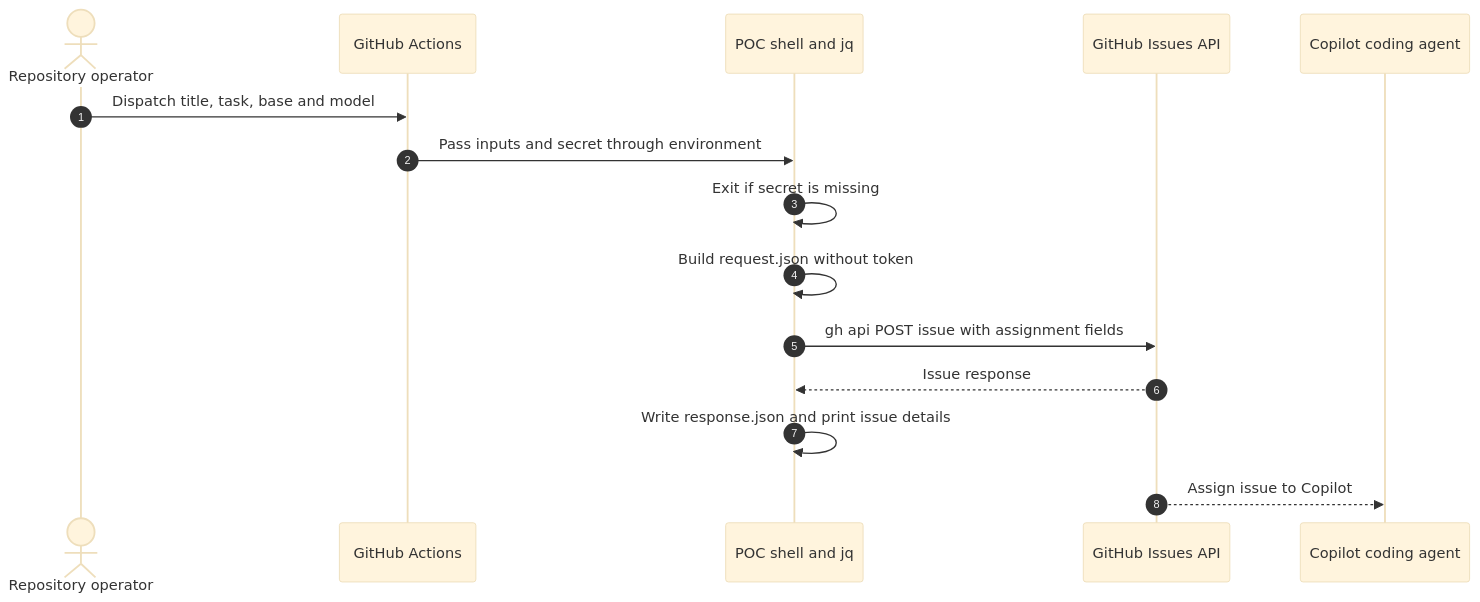
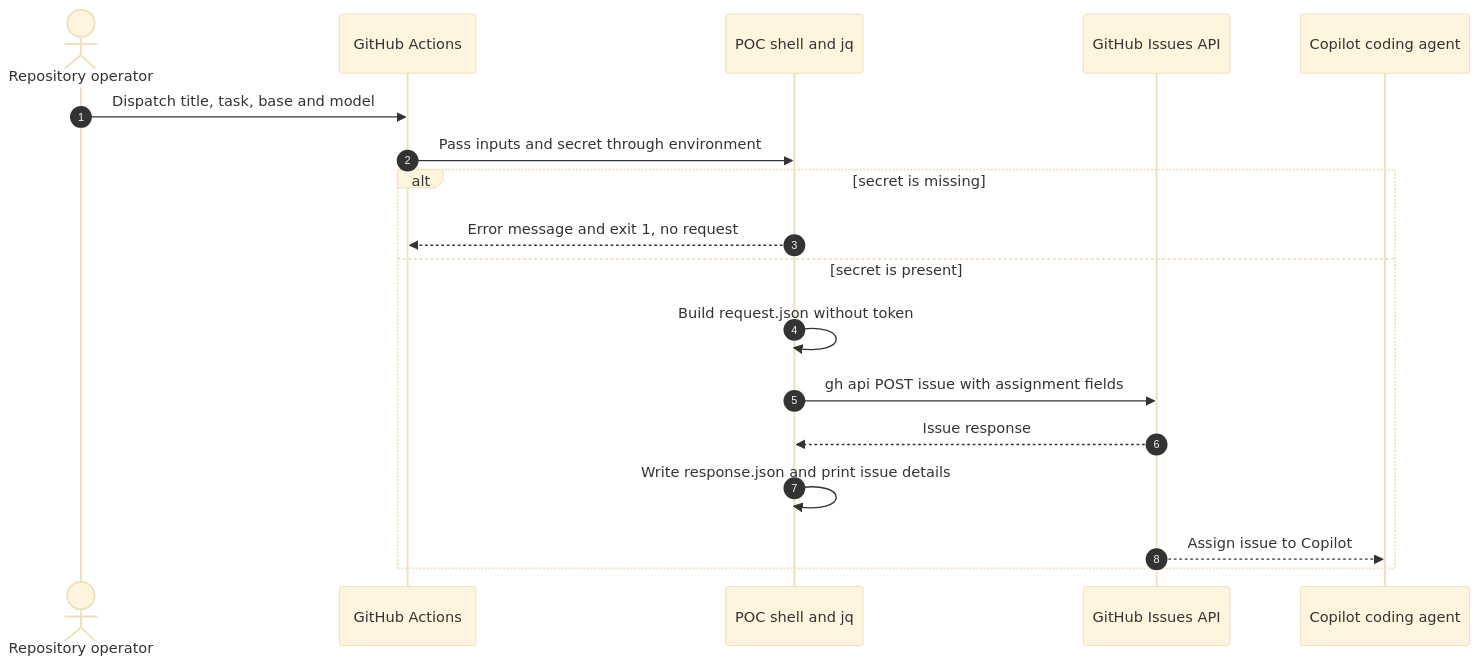
The tenth of 10 diagrams in codebase-analysis/hld/05-key-flows.md (vishalc412/bible-mode-b-test), drawn with Mermaid (base theme) before and after one commit. The commit also changed other lines of this file and 38 other files, not shown here.

````diff
--- a/codebase-analysis/hld/05-key-flows.md
+++ b/codebase-analysis/hld/05-key-flows.md
@@ -369,17 +433,20 @@
 ```mermaid
 sequenceDiagram
   autonumber
   actor Operator as Repository operator
   participant Actions as GitHub Actions
   participant Shell as POC shell and jq
   participant API as GitHub Issues API
   participant Agent as Copilot coding agent
   Operator->>Actions: Dispatch title, task, base and model
   Actions->>Shell: Pass inputs and secret through environment
-  Shell->>Shell: Exit if secret is missing
-  Shell->>Shell: Build request.json without token
-  Shell->>API: gh api POST issue with assignment fields
-  API-->>Shell: Issue response
-  Shell->>Shell: Write response.json and print issue details
-  API-->>Agent: Assign issue to Copilot
+  alt secret is missing
+    Shell-->>Actions: Error message and exit 1, no request
+  else secret is present
+    Shell->>Shell: Build request.json without token
+    Shell->>API: gh api POST issue with assignment fields
+    API-->>Shell: Issue response
+    Shell->>Shell: Write response.json and print issue details
+    API-->>Agent: Assign issue to Copilot
+  end
 ```
````
